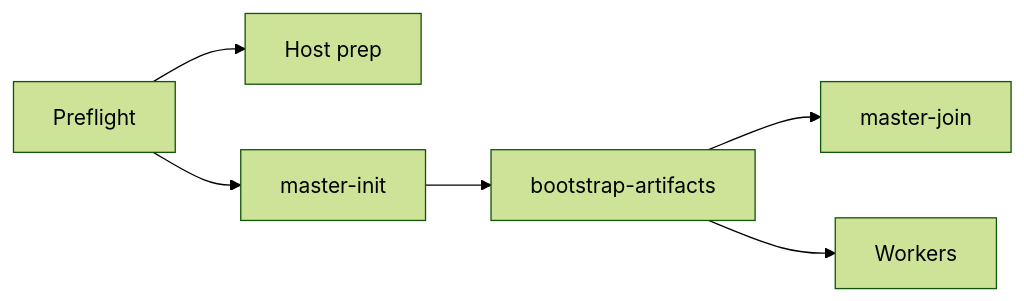
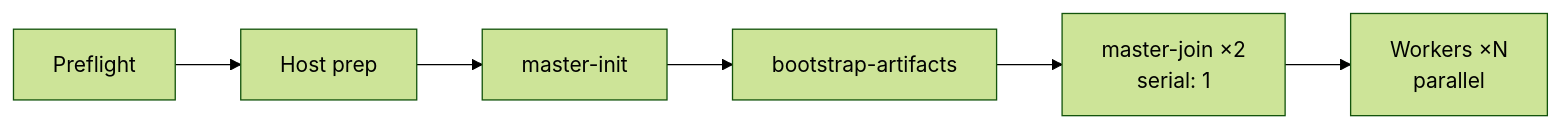
One commit to ModerNews/rke2-bootstrap changed the second of 2 diagrams in install-notes.md. Above: the diagram before and after it, drawn with Mermaid (forest theme).

Commit message:
Fix the mermaid block

````diff
--- a/install-notes.md
+++ b/install-notes.md
@@ -23,8 +23,8 @@
 ```mermaid
 flowchart LR
     A[Preflight] --> B[Host prep]
-    A --> C[master-init]
+    B --> C[master-init]
     C --> D[bootstrap-artifacts]
-    D --> E[master-join]
-    D --> F[Workers]
+    D --> E[master-join ×2<br/>serial: 1]
+    E --> F[Workers ×N<br/>parallel]
 ```
````
